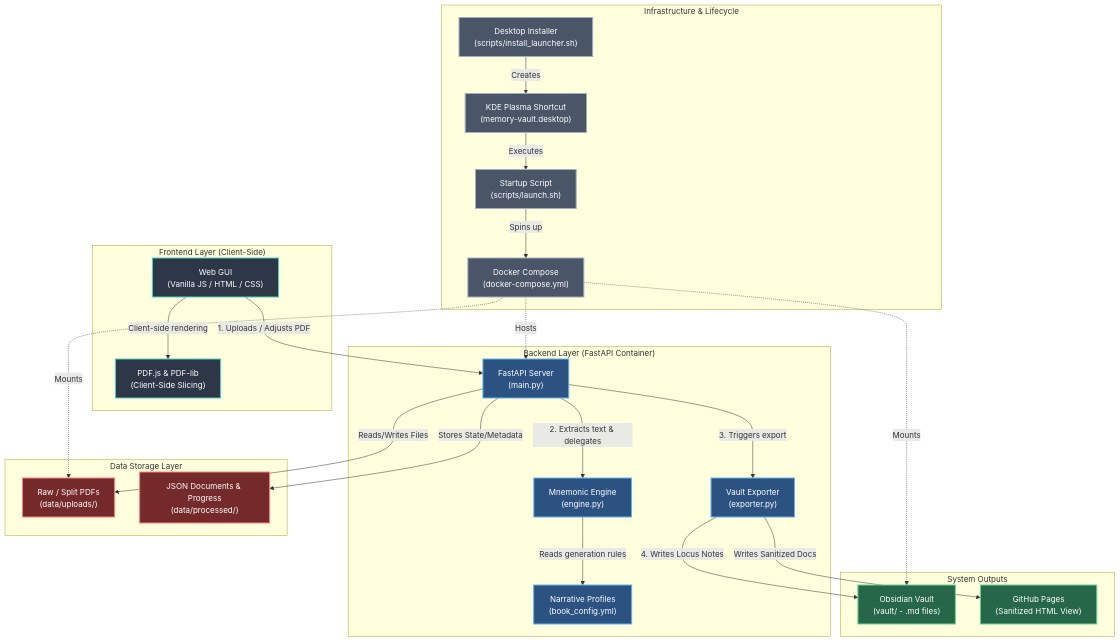
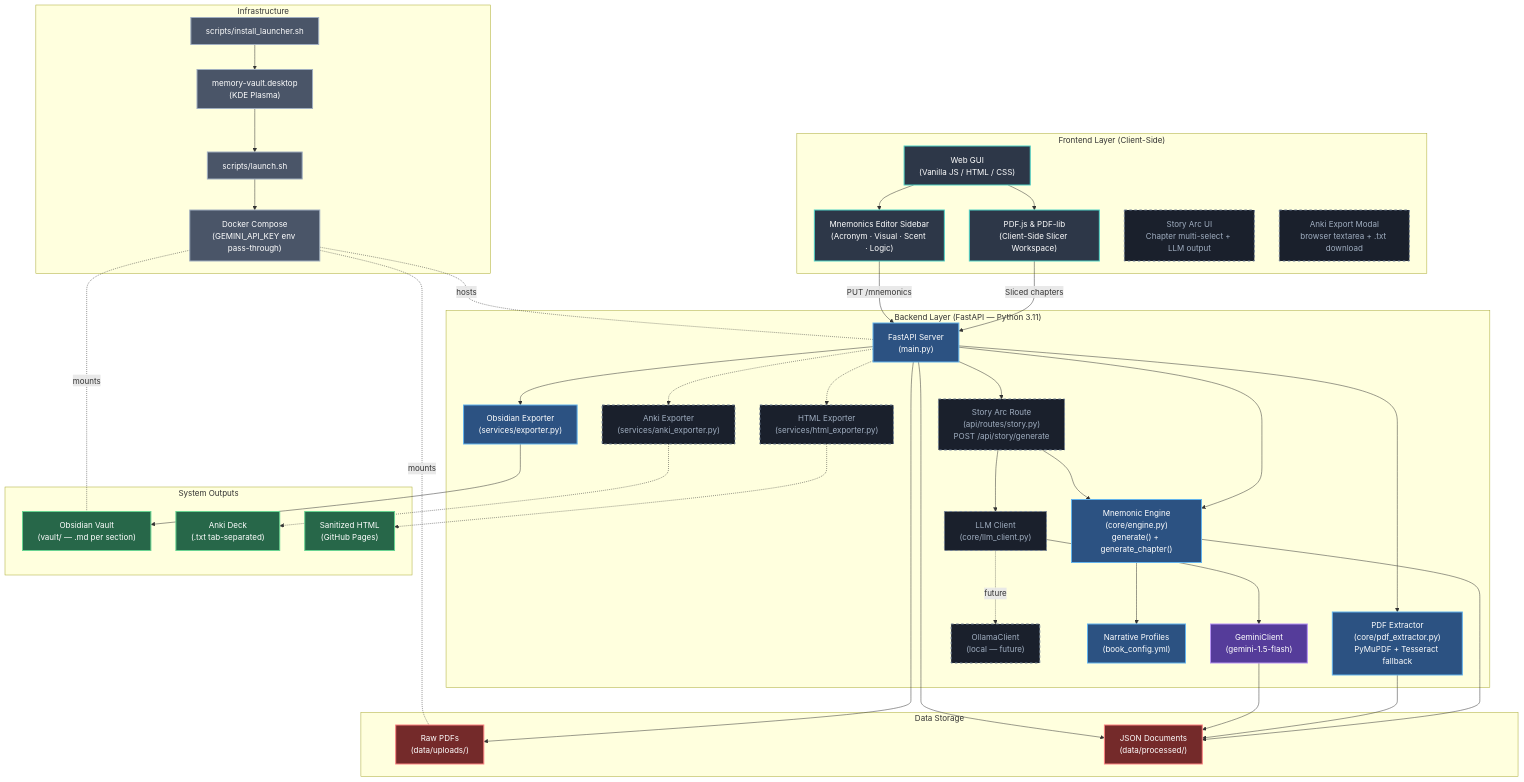
The diagram in docs/knowledge_graph.md (CMBorjas/Memory-Vault), drawn with Mermaid before and after one commit. The commit also changed other lines of this file and 2 other files, not shown here.

Commit message:
docs: update system architecture diagram, component definitions, and add implementation status table to knowledge graph and readme files.

````diff
--- a/docs/knowledge_graph.md
+++ b/docs/knowledge_graph.md
@@ -7,64 +12,92 @@
 ```mermaid
 graph TD
-    %% Define Styles
-    classDef frontend fill:#2d3748,stroke:#4fd1c5,stroke-width:2px,color:#fff;
-    classDef backend fill:#2c5282,stroke:#63b3ed,stroke-width:2px,color:#fff;
-    classDef data fill:#742a2a,stroke:#fc8181,stroke-width:2px,color:#fff;
-    classDef output fill:#276749,stroke:#68d391,stroke-width:2px,color:#fff;
-    classDef infra fill:#4a5568,stroke:#a0aec0,stroke-width:2px,color:#fff;
+    %% Styles
+    classDef frontend  fill:#2d3748,stroke:#4fd1c5,stroke-width:2px,color:#fff;
+    classDef backend   fill:#2c5282,stroke:#63b3ed,stroke-width:2px,color:#fff;
+    classDef llm       fill:#553c9a,stroke:#b794f4,stroke-width:2px,color:#fff;
+    classDef data      fill:#742a2a,stroke:#fc8181,stroke-width:2px,color:#fff;
+    classDef output    fill:#276749,stroke:#68d391,stroke-width:2px,color:#fff;
+    classDef infra     fill:#4a5568,stroke:#a0aec0,stroke-width:2px,color:#fff;
+    classDef planned   fill:#1a202c,stroke:#718096,stroke-width:2px,color:#a0aec0,stroke-dasharray: 5 5;
 
-    %% Frontend Components
+    %% ── Frontend ─────────────────────────────────────────────────
     subgraph "Frontend Layer (Client-Side)"
-        UI["Web GUI<br/>(Vanilla JS / HTML / CSS)"]:::frontend
-        PDFJS["PDF.js & PDF-lib<br/>(Client-Side Slicing)"]:::frontend
+        UI["Web GUI\n(Vanilla JS / HTML / CSS)"]:::frontend
+        PDFJS["PDF.js & PDF-lib\n(Client-Side Slicer Workspace)"]:::frontend
+        EDITOR["Mnemonics Editor Sidebar\n(Acronym · Visual · Scent · Logic)"]:::frontend
+        STORY_UI["Story Arc UI\nChapter multi-select + LLM output"]:::planned
+        ANKI_UI["Anki Export Modal\nbrowser textarea + .txt download"]:::planned
     end
 
-    %% Backend Components
-    subgraph "Backend Layer (FastAPI Container)"
-        API["FastAPI Server<br/>(main.py)"]:::backend
-        ME["Mnemonic Engine<br/>(engine.py)"]:::backend
-        EX["Vault Exporter<br/>(exporter.py)"]:::backend
-        CONF["Narrative Profiles<br/>(book_config.yml)"]:::backend
+    %% ── Backend ──────────────────────────────────────────────────
+    subgraph "Backend Layer (FastAPI — Python 3.11)"
+        API["FastAPI Server\n(main.py)"]:::backend
+        OCR["PDF Extractor\n(core/pdf_extractor.py)\nPyMuPDF + Tesseract fallback"]:::backend
+        ME["Mnemonic Engine\n(core/engine.py)\ngenerate() + generate_chapter()"]:::backend
+        LLM_LAYER["LLM Client\n(core/llm_client.py)"]:::planned
+        GEMINI["GeminiClient\n(gemini-1.5-flash)"]:::llm
+        OLLAMA["OllamaClient\n(local — future)"]:::planned
+        STORY_API["Story Arc Route\n(api/routes/story.py)\nPOST /api/story/generate"]:::planned
+        CONF["Narrative Profiles\n(book_config.yml)"]:::backend
+        EX["Obsidian Exporter\n(services/exporter.py)"]:::backend
+        ANKI_EX["Anki Exporter\n(services/anki_exporter.py)"]:::planned
+        HTML_EX["HTML Exporter\n(services/html_exporter.py)"]:::planned
     end
 
-    %% Storage Components
-    subgraph "Data Storage Layer"
-        UP["Raw / Split PDFs<br/>(data/uploads/)"]:::data
-        PROC["JSON Documents & Progress<br/>(data/processed/)"]:::data
+    %% ── Data ─────────────────────────────────────────────────────
+    subgraph "Data Storage"
+        UP["Raw PDFs\n(data/uploads/)"]:::data
+        PROC["JSON Documents\n(data/processed/)"]:::data
     end
 
-    %% Outputs
+    %% ── Outputs ──────────────────────────────────────────────────
     subgraph "System Outputs"
-        VAULT["Obsidian Vault<br/>(vault/ - .md files)"]:::output
-        GH["GitHub Pages<br/>(Sanitized HTML View)"]:::output
+        VAULT["Obsidian Vault\n(vault/ — .md per section)"]:::output
+        ANKI_FILE["Anki Deck\n(.txt tab-separated)"]:::output
+        GH["Sanitized HTML\n(GitHub Pages)"]:::output
     end
 
-    %% Infrastructure
-    subgraph "Infrastructure & Lifecycle"
-        DC["Docker Compose<br/>(docker-compose.yml)"]:::infra
-        LAUNCH["Startup Script<br/>(scripts/launch.sh)"]:::infra
-        INSTALL["Desktop Installer<br/>(scripts/install_launcher.sh)"]:::infra
-        KDE["KDE Plasma Shortcut<br/>(memory-vault.desktop)"]:::infra
+    %% ── Infrastructure ───────────────────────────────────────────
+    subgraph "Infrastructure"
+        DC["Docker Compose\n(GEMINI_API_KEY env pass-through)"]:::infra
+        LAUNCH["scripts/launch.sh"]:::infra
+        INSTALL["scripts/install_launcher.sh"]:::infra
+        KDE["memory-vault.desktop\n(KDE Plasma)"]:::infra
     end
 
-    %% Relationships
-    UI -->|1. Uploads / Adjusts PDF| API
-    UI -->|Client-side rendering| PDFJS
-    
-    API -->|2. Extracts text & delegates| ME
-    ME -->|Reads generation rules| CONF
-    API -->|3. Triggers export| EX
-    
-    API -->|Reads/Writes Files| UP
-    API -->|Stores State/Metadata| PROC
-    
-    EX -->|4. Writes Locus Notes| VAULT
-    EX -->|Writes Sanitized Docs| GH
-    
-    INSTALL -->|Creates| KDE
-    KDE -->|Executes| LAUNCH
-    LAUNCH -->|Spins up| DC
-    DC -.->|Hosts| API
-    DC -.->|Mounts| VAULT
-    DC -.->|Mounts| UP
+    %% ── Flows ────────────────────────────────────────────────────
+    UI --> PDFJS
+    PDFJS -->|"Sliced chapters"| API
+    UI --> EDITOR
+    EDITOR -->|"PUT /mnemonics"| API
+
+    API --> OCR
+    API --> ME
+    ME --> CONF
+    ME --> PROC
+    OCR --> PROC
+
+    API --> STORY_API
+    STORY_API --> ME
+    STORY_API --> LLM_LAYER
+    LLM_LAYER --> GEMINI
+    LLM_LAYER -.->|"future"| OLLAMA
+    GEMINI --> PROC
+
+    API --> EX
+    EX --> VAULT
+    API -.-> ANKI_EX
+    ANKI_EX -.-> ANKI_FILE
+    API -.-> HTML_EX
+    HTML_EX -.-> GH
+
+    API --> UP
+    API --> PROC
+
+    INSTALL --> KDE
+    KDE --> LAUNCH
+    LAUNCH --> DC
+    DC -.-|"hosts"| API
+    DC -.-|"mounts"| VAULT
+    DC -.-|"mounts"| UP
 ```
````
